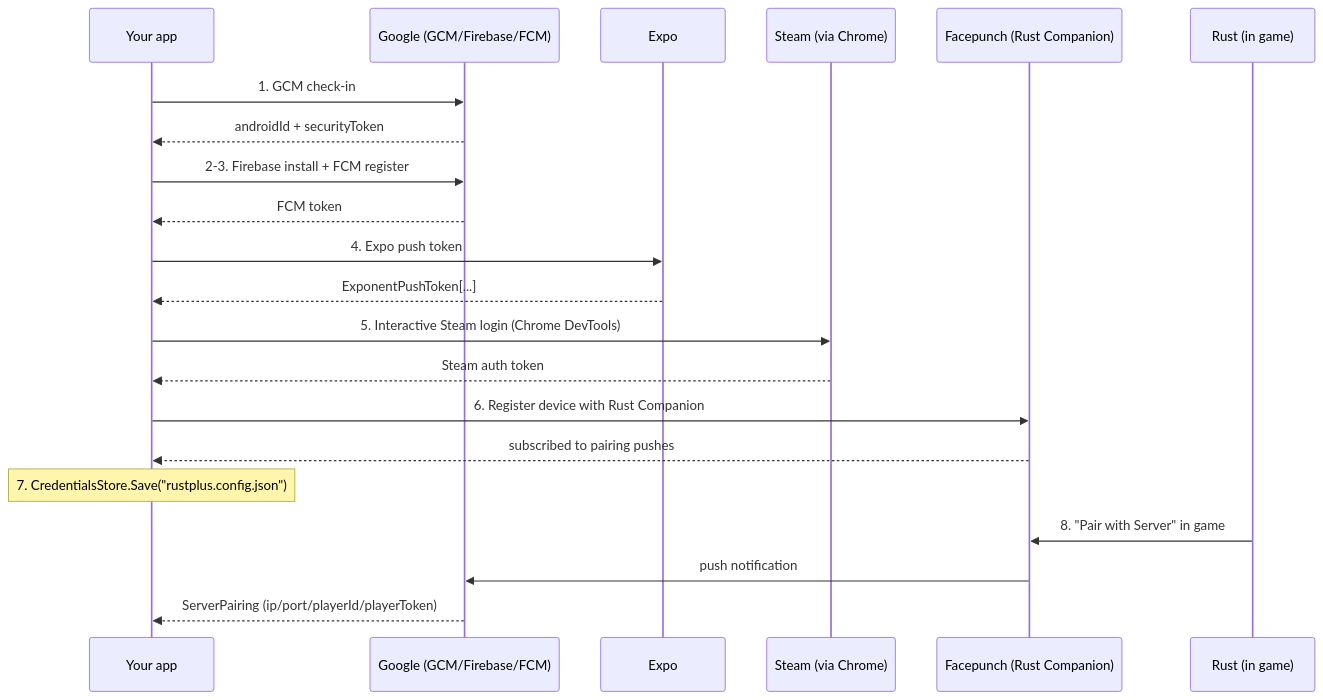
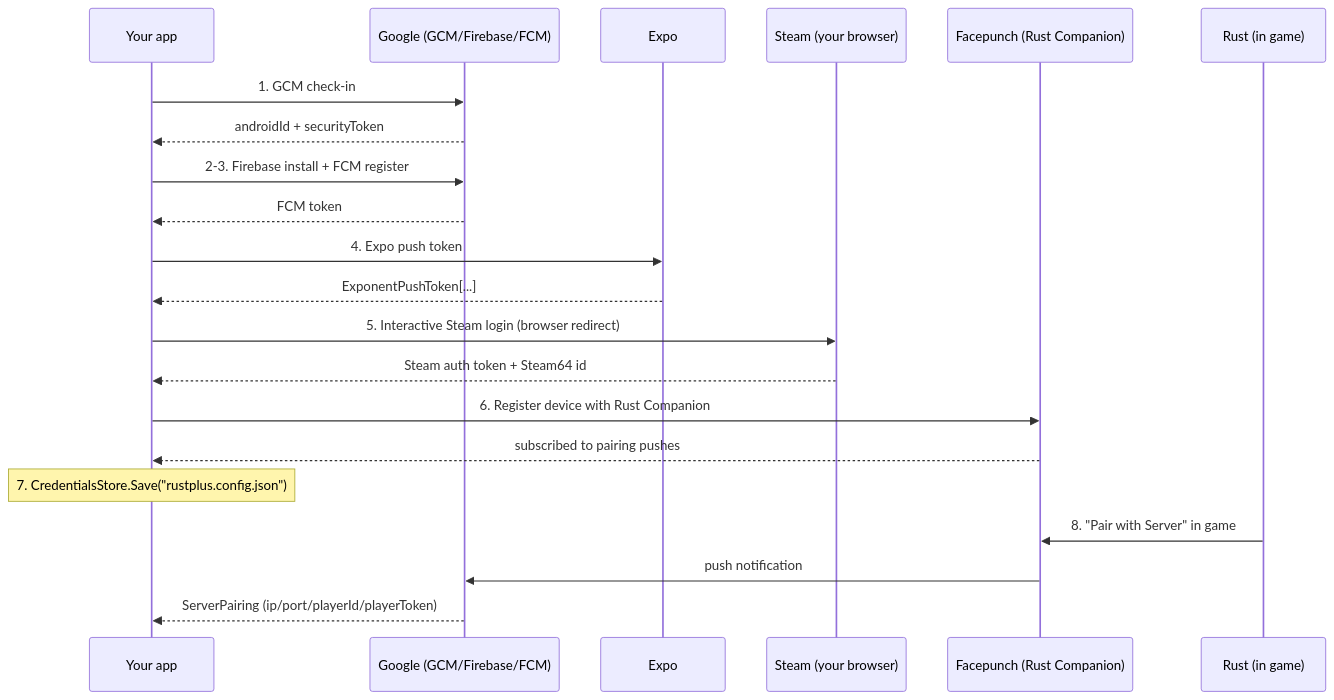
Before and after one commit to HandyS11/RustPlusApi: the diagram in docs/articles/credentials.md, drawn with Mermaid. The commit also changed other lines of this file and 20 other files, not shown here.

First line of the commit message:
feat!: browser-agnostic Steam login via returnUrl redirect (#118)

````diff
--- a/docs/articles/credentials.md
+++ b/docs/articles/credentials.md
@@ -15,24 +15,24 @@
 ```mermaid
 sequenceDiagram
     participant App as Your app
     participant G as Google (GCM/Firebase/FCM)
     participant E as Expo
-    participant St as Steam (via Chrome)
+    participant St as Steam (your browser)
     participant FP as Facepunch (Rust Companion)
     participant Game as Rust (in game)
 
     App->>G: 1. GCM check-in
     G-->>App: androidId + securityToken
     App->>G: 2-3. Firebase install + FCM register
     G-->>App: FCM token
     App->>E: 4. Expo push token
     E-->>App: ExponentPushToken[...]
-    App->>St: 5. Interactive Steam login (Chrome DevTools)
-    St-->>App: Steam auth token
+    App->>St: 5. Interactive Steam login (browser redirect)
+    St-->>App: Steam auth token + Steam64 id
     App->>FP: 6. Register device with Rust Companion
     FP-->>App: subscribed to pairing pushes
     Note over App: 7. CredentialsStore.Save("rustplus.config.json")
     Game->>FP: 8. "Pair with Server" in game
     FP->>G: push notification
     G-->>App: ServerPairing (ip/port/playerId/playerToken)
 ```
````
